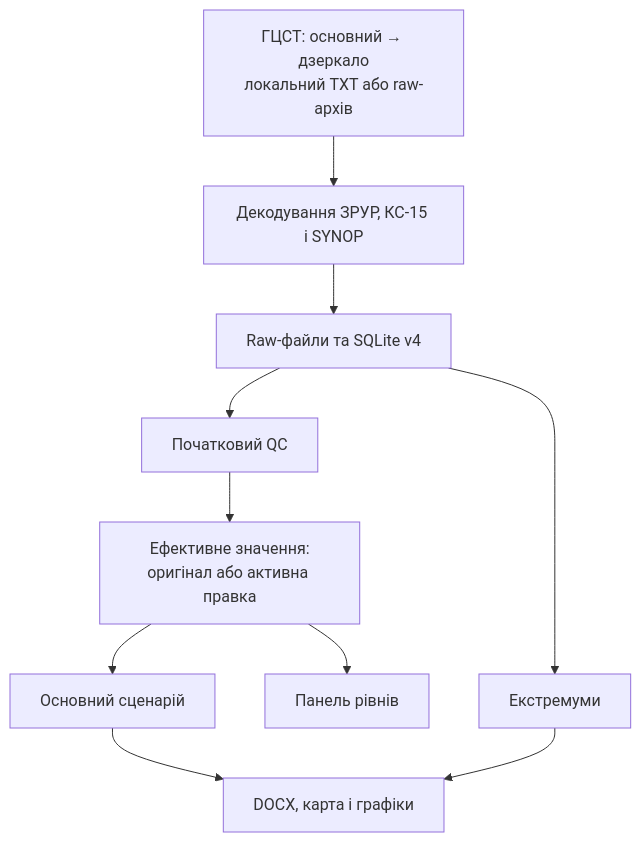
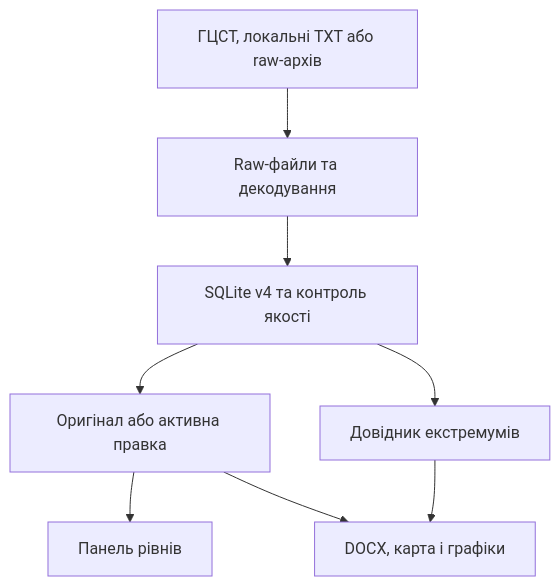
One commit to Brem090/HydroBulletin changed the first of 2 diagrams in docs/ARCHITECTURE.md. Above: the diagram before and after it, drawn with Mermaid. The commit also changed other lines of this file and 30 other files, not shown here.

````diff
--- a/docs/ARCHITECTURE.md
+++ b/docs/ARCHITECTURE.md
@@ -5,12 +5,10 @@
 ```mermaid
 flowchart TD
-    A["ГЦСТ: основний → дзеркало<br/>локальний TXT або raw-архів"] --> B["Декодування ЗРУР, КС-15 і SYNOP"]
-    B --> C["Raw-файли та SQLite v4"]
-    C --> D["Початковий QC"]
-    D --> E["Ефективне значення:<br/>оригінал або активна правка"]
-    E --> F["Основний сценарій"]
-    F --> G["DOCX, карта і графіки"]
-    E --> H["Панель рівнів"]
-    C --> I["Екстремуми"]
-    I --> G
+    A["ГЦСТ, локальні TXT або raw-архів"] --> B["Raw-файли та декодування"]
+    B --> C["SQLite v4 та контроль якості"]
+    C --> D["Оригінал або активна правка"]
+    D --> E["Панель рівнів"]
+    D --> F["DOCX, карта і графіки"]
+    C --> G["Довідник екстремумів"]
+    G --> F
 ```
````
